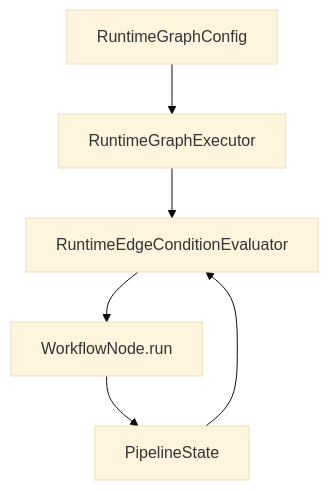
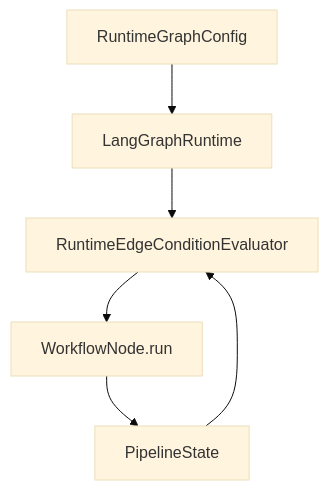
Before and after one commit to ClassRobot/ClassRobot: the second of 2 diagrams in docs/managers/agent-orchestration-config-roadmap.md, drawn with Mermaid (base theme). The commit also changed other lines of this file and 219 other files, not shown here.

````diff
--- a/docs/managers/agent-orchestration-config-roadmap.md
+++ b/docs/managers/agent-orchestration-config-roadmap.md
@@ -196,8 +196,8 @@
 ```mermaid
 flowchart TD
-    Config["RuntimeGraphConfig"] --> Executor["RuntimeGraphExecutor"]
+    Config["RuntimeGraphConfig"] --> Executor["LangGraphRuntime"]
     Executor --> Condition["RuntimeEdgeConditionEvaluator"]
     Condition --> Node["WorkflowNode.run"]
     Node --> State["PipelineState"]
     State --> Condition
 ```
````
